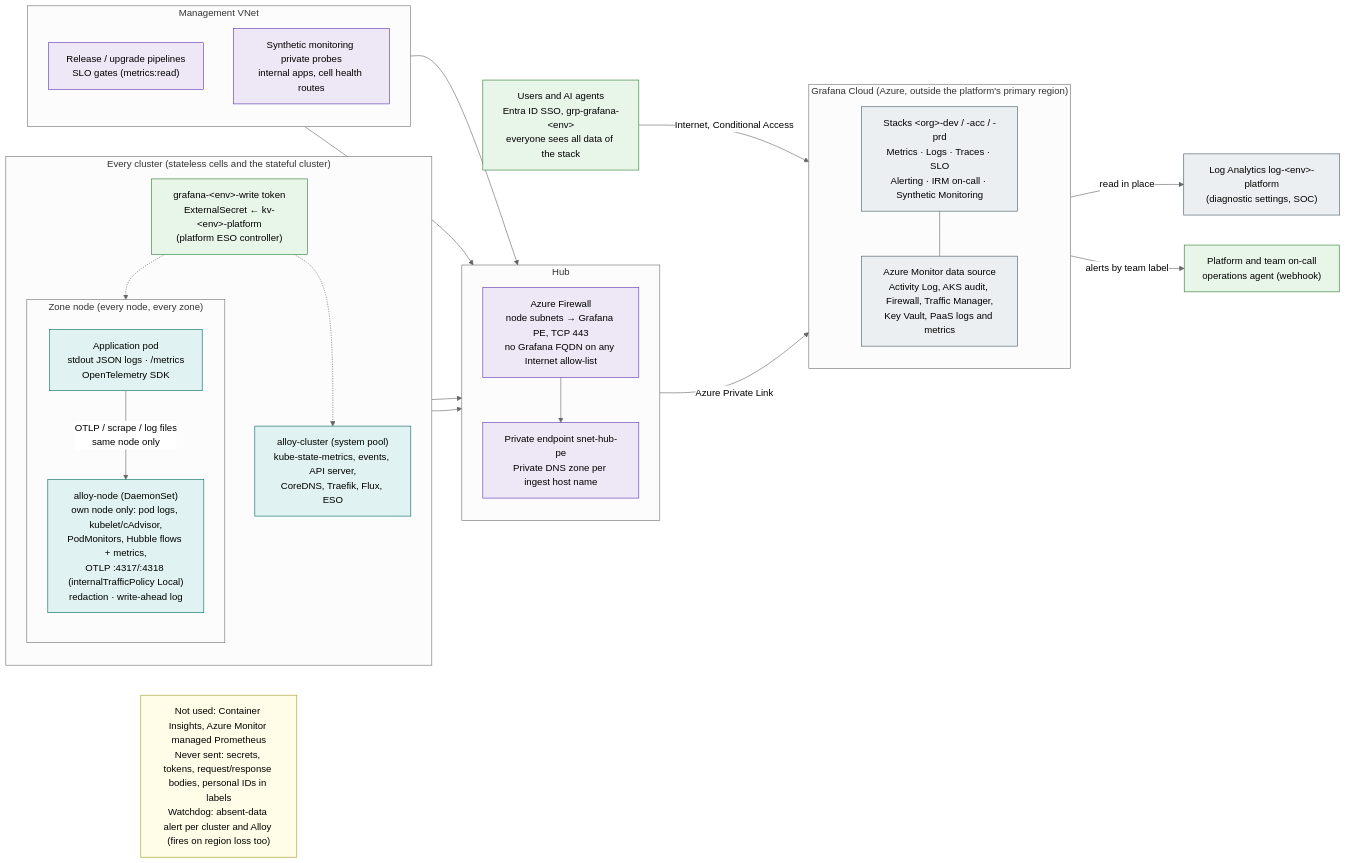
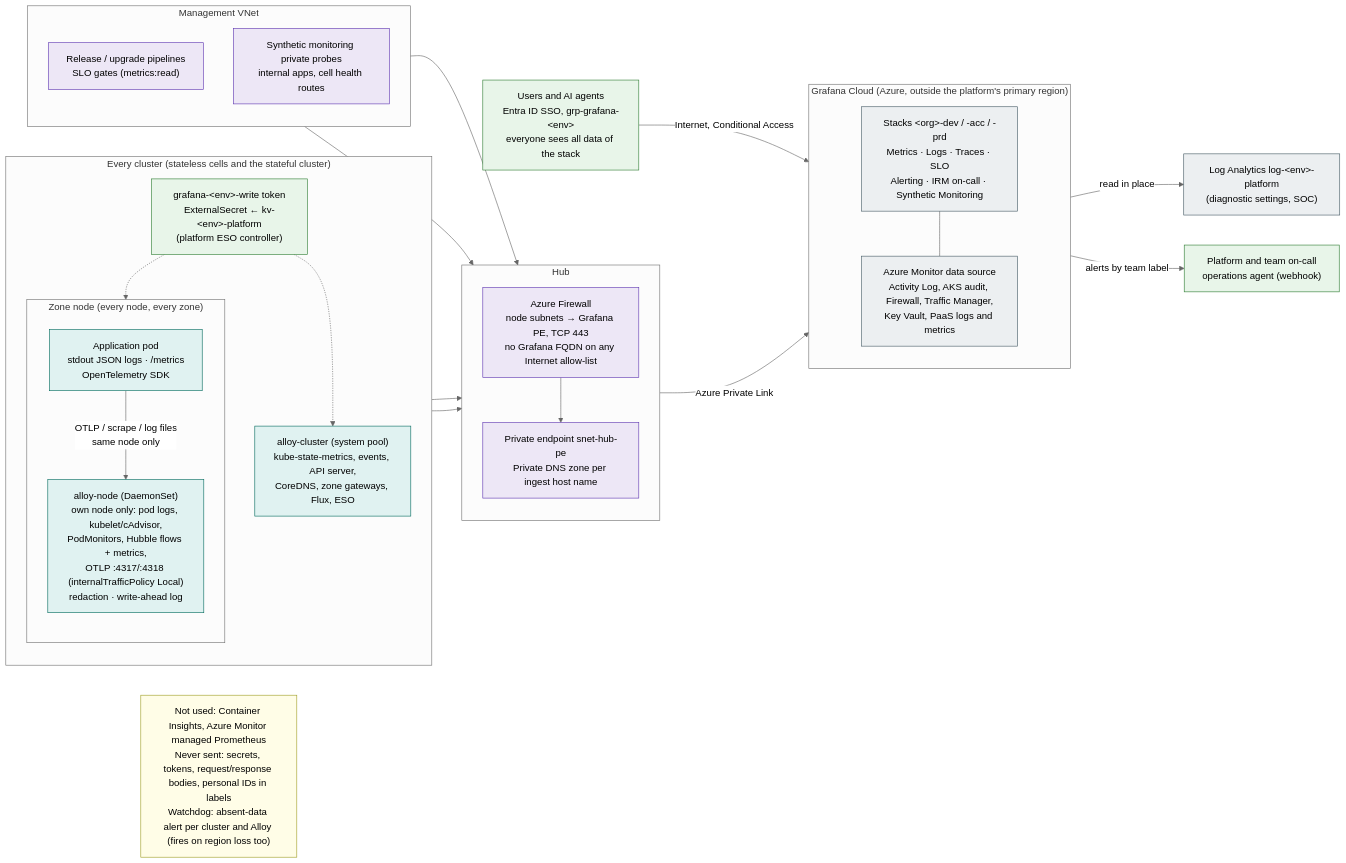
The diagram in diagrams/19-observability.mmd (onek8s/onek8s.github.io), drawn with Mermaid (neutral theme) before and after one commit. The commit also changed 37 other files, not shown here.

First line of the commit message:
App Routing's Gateway API (approuting-istio) instead of Traefik (#25)

```diff
--- a/diagrams/19-observability.mmd
+++ b/diagrams/19-observability.mmd
@@ -1,64 +1,64 @@
 %% Observability with Grafana Cloud: node-local Grafana Alloy in every cluster, Private Link from the hub,
 %% one stack per environment outside the platform's region; anyone who can sign in to a stack sees all its data.
 %% Azure-produced logs stay in Log Analytics and are read in place by the Azure Monitor data source.
 flowchart LR
     subgraph CL["Every cluster (stateless cells and the stateful cluster)"]
         direction TB
         subgraph NODE["Zone node (every node, every zone)"]
             direction TB
             app["Application pod<br/>stdout JSON logs · /metrics<br/>OpenTelemetry SDK"]
             an["alloy-node (DaemonSet)<br/>own node only: pod logs, kubelet/cAdvisor,<br/>PodMonitors, Hubble flows + metrics,<br/>OTLP :4317/:4318 (internalTrafficPolicy Local)<br/>redaction · write-ahead log"]
         end
-        ac["alloy-cluster (system pool)<br/>kube-state-metrics, events, API server,<br/>CoreDNS, Traefik, Flux, ESO"]
+        ac["alloy-cluster (system pool)<br/>kube-state-metrics, events, API server,<br/>CoreDNS, zone gateways, Flux, ESO"]
         tok["grafana-&lt;env&gt;-write token<br/>ExternalSecret ← kv-&lt;env&gt;-platform<br/>(platform ESO controller)"]
     end
 
     subgraph HUB["Hub"]
         direction TB
         fw["Azure Firewall<br/>node subnets → Grafana PE, TCP 443<br/>no Grafana FQDN on any Internet allow-list"]
         pe["Private endpoint snet-hub-pe<br/>Private DNS zone per ingest host name"]
     end
 
     subgraph MG["Management VNet"]
         direction TB
         pipe["Release / upgrade pipelines<br/>SLO gates (metrics:read)"]
         probe["Synthetic monitoring private probes<br/>internal apps, cell health routes"]
     end
 
     subgraph GC["Grafana Cloud (Azure, outside the platform's primary region)"]
         direction TB
         stack["Stacks &lt;org&gt;-dev / -acc / -prd<br/>Metrics · Logs · Traces · SLO<br/>Alerting · IRM on-call · Synthetic Monitoring"]
         amds["Azure Monitor data source<br/>Activity Log, AKS audit, Firewall, Traffic Manager,<br/>Key Vault, PaaS logs and metrics"]
     end
 
     law["Log Analytics log-&lt;env&gt;-platform<br/>(diagnostic settings, SOC)"]
     users["Users and AI agents<br/>Entra ID SSO, grp-grafana-&lt;env&gt;<br/>everyone sees all data of the stack"]
     oncall["Platform and team on-call<br/>operations agent (webhook)"]
 
     app -->|"OTLP / scrape / log files<br/>same node only"| an
     tok -.-> an
     tok -.-> ac
     an --> fw
     ac --> fw
     fw --> pe
     pipe --> pe
     probe --> pe
     pe -->|"Azure Private Link"| stack
     stack --- amds
     amds -->|"read in place"| law
     users -->|"Internet, Conditional Access"| stack
     stack -->|"alerts by team label"| oncall
 
     note["Not used: Container Insights, Azure Monitor managed Prometheus<br/>Never sent: secrets, tokens, request/response bodies, personal IDs in labels<br/>Watchdog: absent-data alert per cluster and Alloy (fires on region loss too)"]
 
     classDef cp fill:#eceff1,stroke:#455a64,color:#000
     classDef sl fill:#e0f2f1,stroke:#00695c,color:#000
     classDef hub fill:#ede7f6,stroke:#5e35b1,color:#000
     classDef id fill:#e8f5e9,stroke:#2e7d32,color:#000
     classDef note fill:#fffde7,stroke:#9e9d24,color:#000
     class app,an,ac sl
     class tok id
     class fw,pe,pipe,probe hub
     class stack,amds,law cp
     class users,oncall id
     class note note
```
